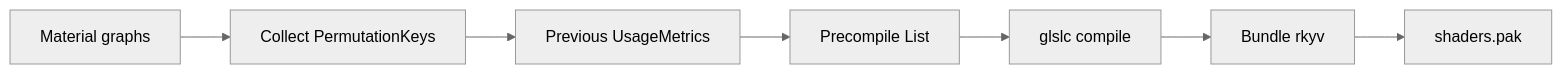
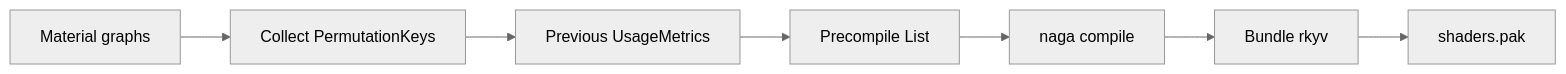
Before and after one commit to harmonius-dev/harmonius: the second of 3 diagrams in docs/design/rendering/shader-variants.md, drawn with Mermaid (neutral theme). The commit also changed other lines of this file and 68 other files, not shown here.

````diff
--- a/docs/design/rendering/shader-variants.md
+++ b/docs/design/rendering/shader-variants.md
@@ -251,9 +251,9 @@
 ```mermaid
 flowchart LR
     MG[Material graphs] --> PK[Collect PermutationKeys]
     PK --> UM[Previous UsageMetrics]
     UM --> PL[Precompile List]
-    PL --> glslc[glslc compile]
-    glslc --> BUN[Bundle rkyv]
+    PL --> naga[naga compile]
+    naga --> BUN[Bundle rkyv]
     BUN --> PAK[shaders.pak]
 ```
````
